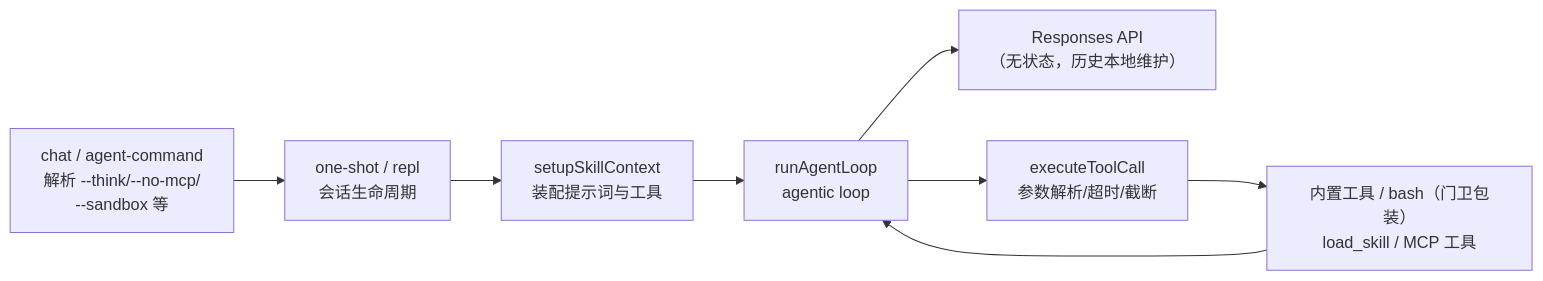
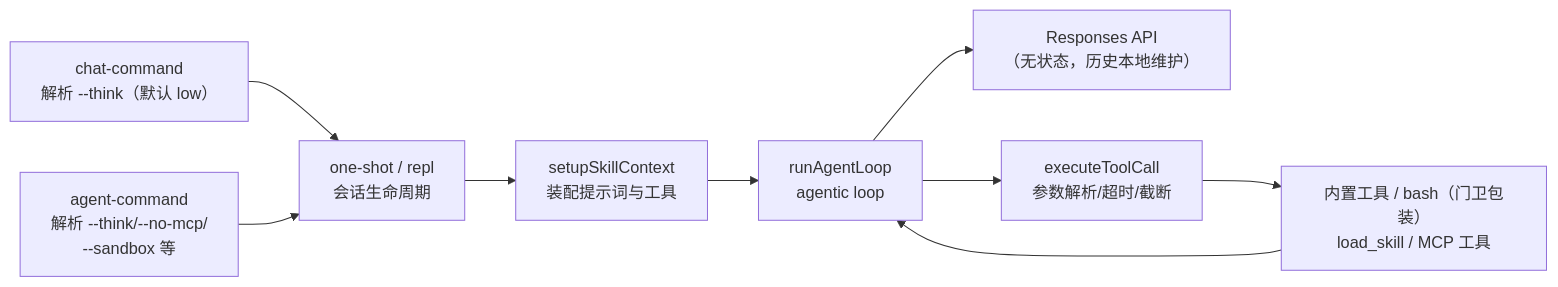
The second of 3 diagrams in ARCHITECTURE.md (tanyueran/tx-cli), drawn with Mermaid before and after one commit. The commit also changed other lines of this file and 4 other files, not shown here.

````diff
--- a/ARCHITECTURE.md
+++ b/ARCHITECTURE.md
@@ -85,10 +85,11 @@
 ```mermaid
 flowchart LR
-    A["chat / agent-command<br/>解析 --think/--no-mcp/<br/>--sandbox 等"] --> B["one-shot / repl<br/>会话生命周期"]
+    A["chat-command<br/>解析 --think（默认 low）"] --> B["one-shot / repl<br/>会话生命周期"]
+    A2["agent-command<br/>解析 --think/--no-mcp/<br/>--sandbox 等"] --> B["one-shot / repl<br/>会话生命周期"]
     B --> C["setupSkillContext<br/>装配提示词与工具"]
     C --> D["runAgentLoop<br/>agentic loop"]
     D --> E["Responses API<br/>（无状态，历史本地维护）"]
     D --> F["executeToolCall<br/>参数解析/超时/截断"]
     F --> G["内置工具 / bash（门卫包装）<br/>load_skill / MCP 工具"]
     G --> D
 ```
````
